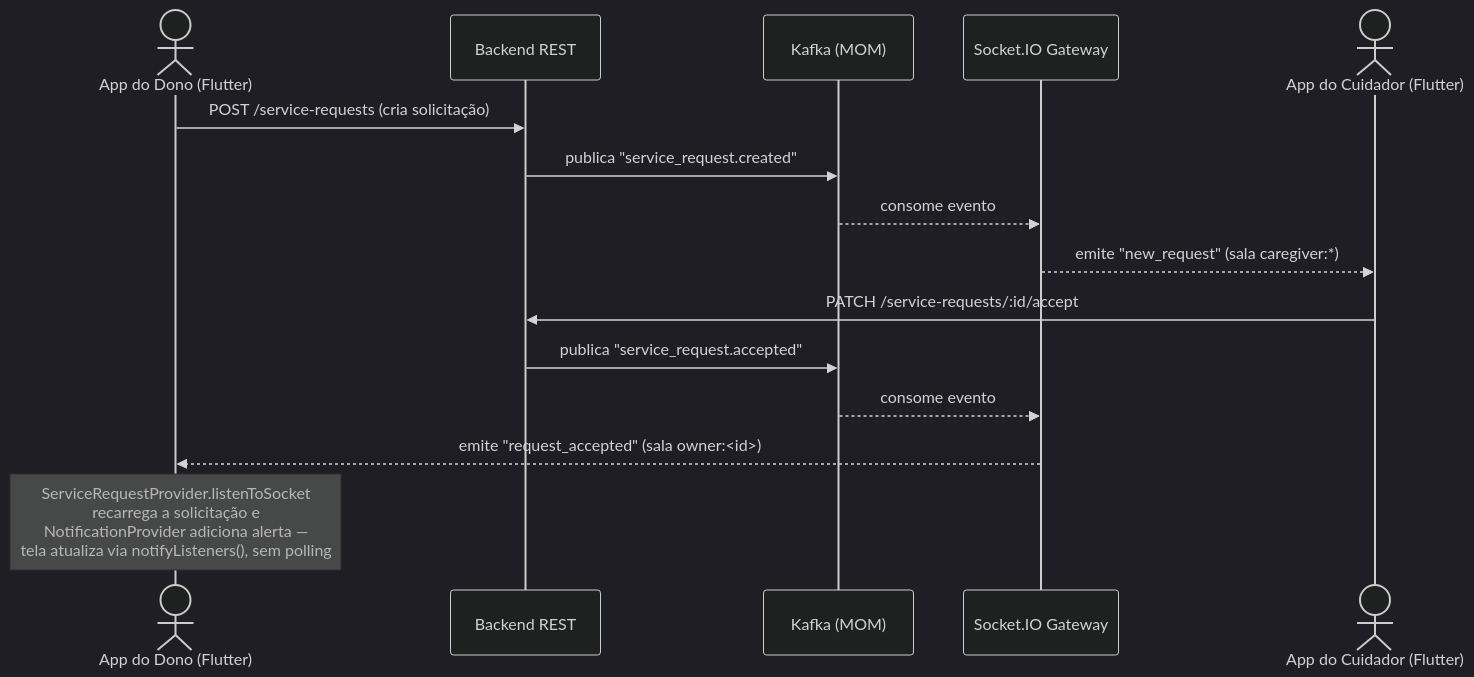
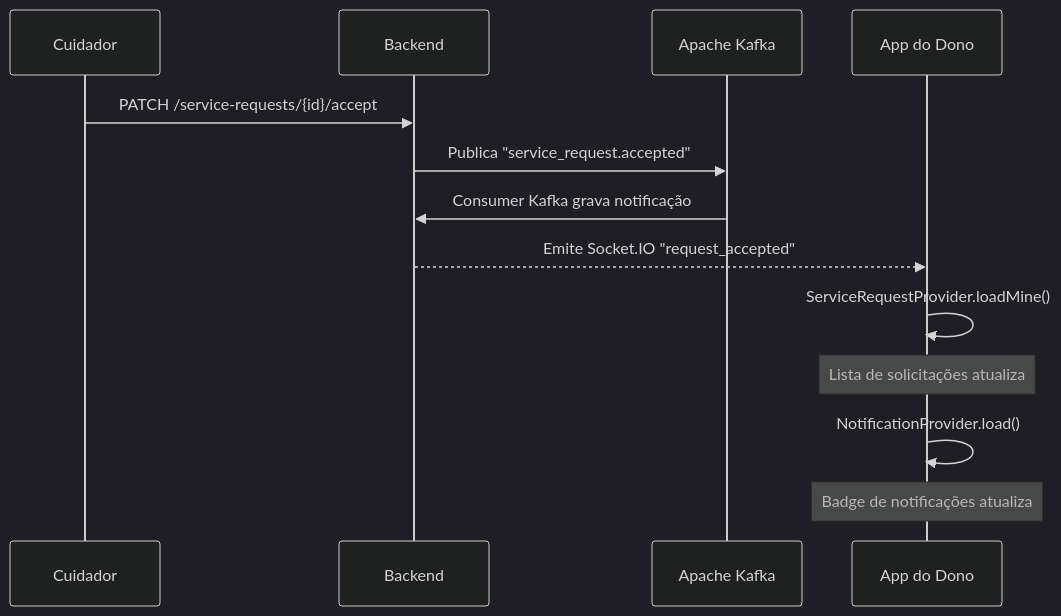
Before and after one commit to marcosffp/plantao-pet-system: the fourth of 4 diagrams in docs/mobile-owner-app.md, drawn with Mermaid (dark theme). The commit also changed other lines of this file and 39 other files, not shown here.

````diff
--- a/docs/mobile-owner-app.md
+++ b/docs/mobile-owner-app.md
@@ -516,20 +1028,16 @@
 ```mermaid
 sequenceDiagram
-    actor Dono as App do Dono (Flutter)
-    participant API as Backend REST
-    participant Kafka as Kafka (MOM)
-    participant WS as Socket.IO Gateway
-    actor Cuidador as App do Cuidador (Flutter)
+    participant C as Cuidador
+    participant API as Backend
+    participant K as Apache Kafka
+    participant D as App do Dono
 
-    Dono->>API: POST /service-requests (cria solicitação)
-    API->>Kafka: publica "service_request.created"
-    Kafka-->>WS: consome evento
-    WS-->>Cuidador: emite "new_request" (sala caregiver:*)
-
-    Cuidador->>API: PATCH /service-requests/:id/accept
-    API->>Kafka: publica "service_request.accepted"
-    Kafka-->>WS: consome evento
-    WS-->>Dono: emite "request_accepted" (sala owner:<id>)
-
-    Note over Dono: ServiceRequestProvider.listenToSocket<br/>recarrega a solicitação e<br/>NotificationProvider adiciona alerta —<br/>tela atualiza via notifyListeners(), sem polling
+    C->>API: PATCH /service-requests/{id}/accept
+    API->>K: Publica "service_request.accepted"
+    K->>API: Consumer Kafka grava notificação
+    API-->>D: Emite Socket.IO "request_accepted"
+    D->>D: ServiceRequestProvider.loadMine()
+    Note over D: Lista de solicitações atualiza
+    D->>D: NotificationProvider.load()
+    Note over D: Badge de notificações atualiza
 ```
````
